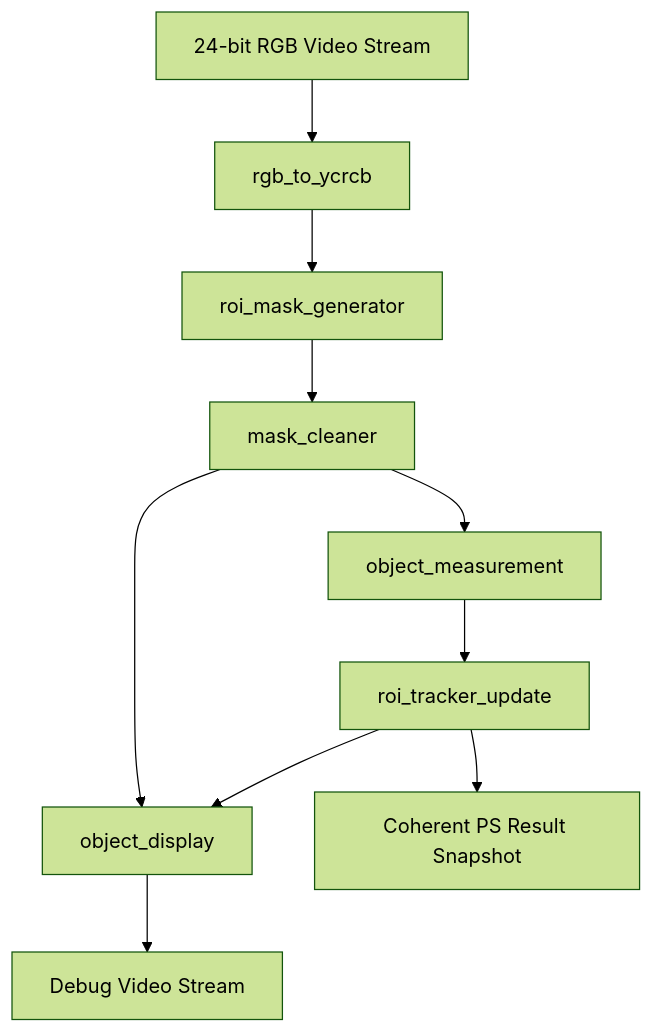
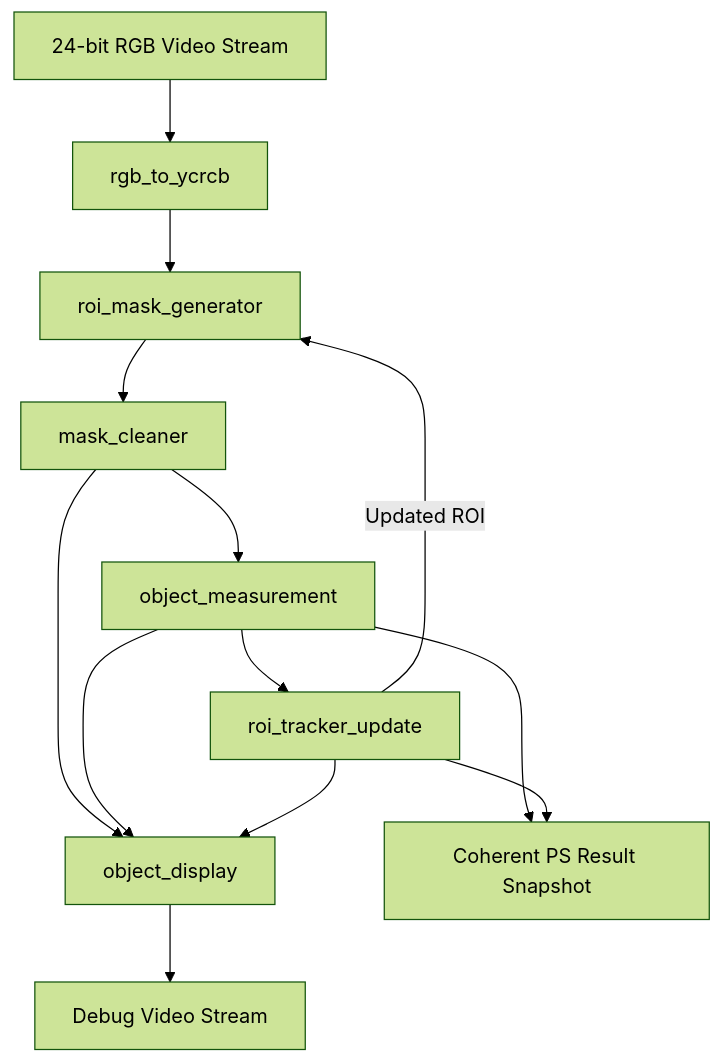
Before and after one commit to RL-Hillman/pynq_z2_object_tracking_system: the diagram in README.md, drawn with Mermaid (forest theme). The commit also changed other lines of this file, not shown here.

````diff
--- a/README.md
+++ b/README.md
@@ -259,14 +260,19 @@
 ```mermaid
 flowchart TD
     A[24-bit RGB Video Stream] --> B[rgb_to_ycrcb]
     B --> C[roi_mask_generator]
     C --> D[mask_cleaner]
     D --> E[object_measurement]
     E --> F[roi_tracker_update]
 
+    F -->|Updated ROI| C
+
     D --> G[object_display]
+    E --> G
     F --> G
 
-    F --> H[Coherent PS Result Snapshot]
+    E --> H[Coherent PS Result Snapshot]
+    F --> H
+
     G --> I[Debug Video Stream]
 ```
````
